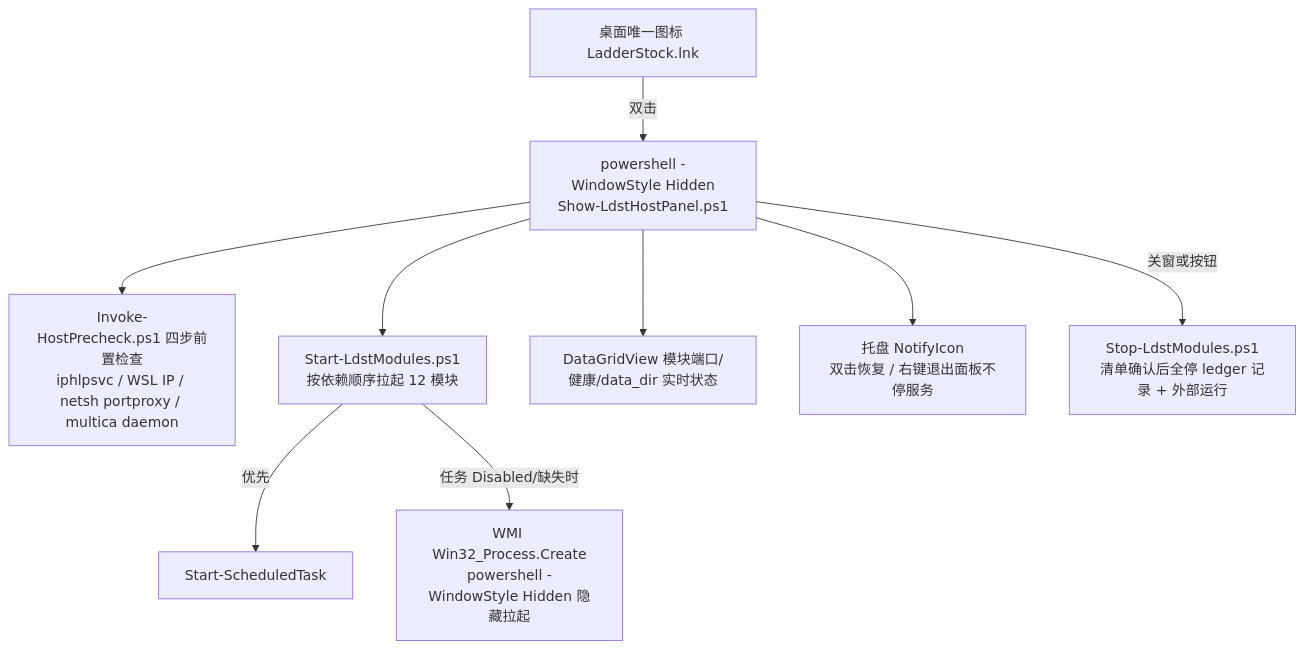
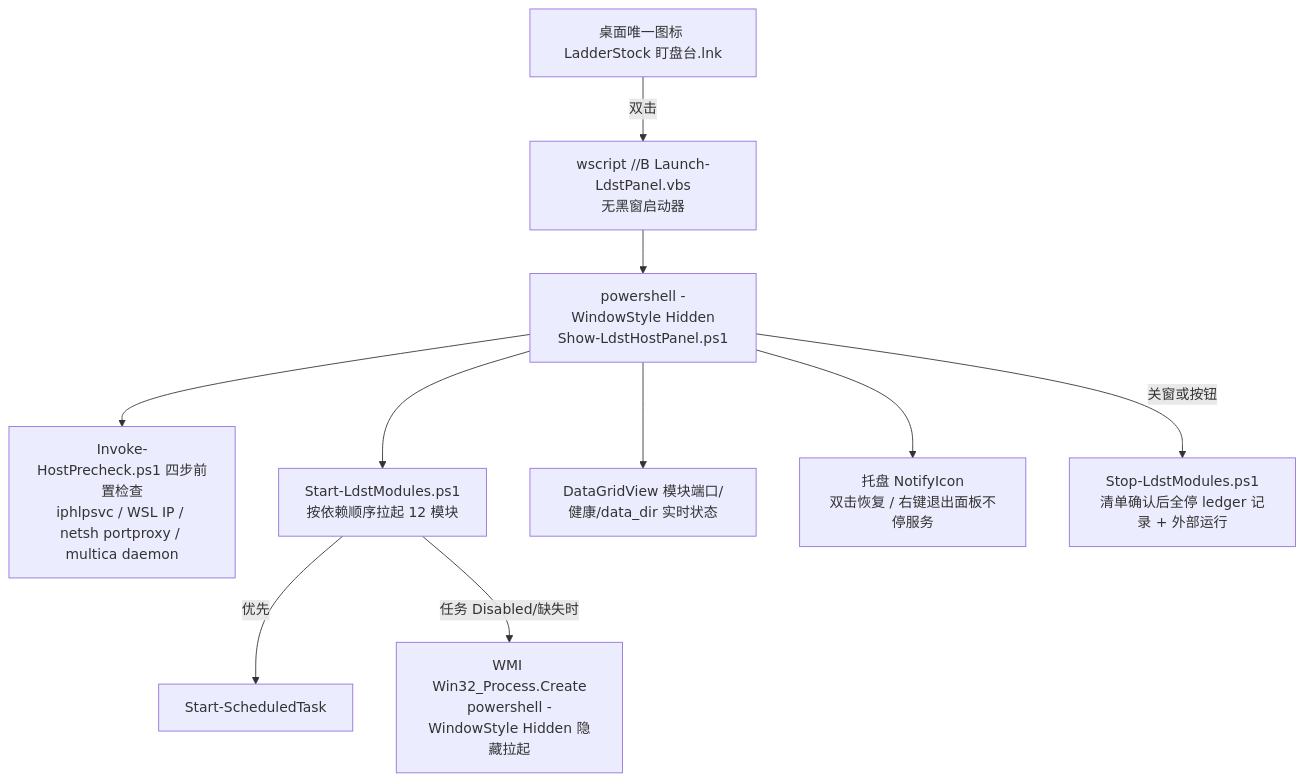
One commit to QuotaFuse-ai/LadderStock changed the diagram in ops/host/README.md. Above: the diagram before and after it, drawn with Mermaid. The commit also changed other lines of this file and 5 other files, not shown here.

Commit message:
QUOT-483: 回炉交付——部署树实测版入库（VBS 无黑窗启动器/面板批量预取/单实例保护/异常兜底）+ 计划任务实测裁定表（Disabled 7 条逐条判定）+ DeadTasks 补齐 7 条 + QUOT-482 依赖说明（supervisor 未随更新，动作占位待 482）

````diff
--- a/ops/host/README.md
+++ b/ops/host/README.md
@@ -8,11 +8,12 @@
 ```mermaid
 flowchart TD
-    Icon[桌面唯一图标 LadderStock.lnk] -->|双击| Panel[powershell -WindowStyle Hidden<br/>Show-LdstHostPanel.ps1]
+    Icon[桌面唯一图标 LadderStock 盯盘台.lnk] -->|双击| Vbs[wscript //B Launch-LdstPanel.vbs<br/>无黑窗启动器]
+    Vbs --> Panel[powershell -WindowStyle Hidden<br/>Show-LdstHostPanel.ps1]
     Panel --> Pre[Invoke-HostPrecheck.ps1 四步前置检查<br/>iphlpsvc / WSL IP / netsh portproxy / multica daemon]
     Panel --> Start[Start-LdstModules.ps1<br/>按依赖顺序拉起 12 模块]
     Start -->|优先| Task[Start-ScheduledTask]
     Start -->|任务 Disabled/缺失时| Wmi[WMI Win32_Process.Create<br/>powershell -WindowStyle Hidden 隐藏拉起]
     Panel --> Grid[DataGridView 模块端口/健康/data_dir 实时状态]
     Panel --> Tray[托盘 NotifyIcon<br/>双击恢复 / 右键退出面板不停服务]
     Panel -->|关窗或按钮| Stop[Stop-LdstModules.ps1<br/>清单确认后全停 ledger 记录 + 外部运行]
 ```
````
